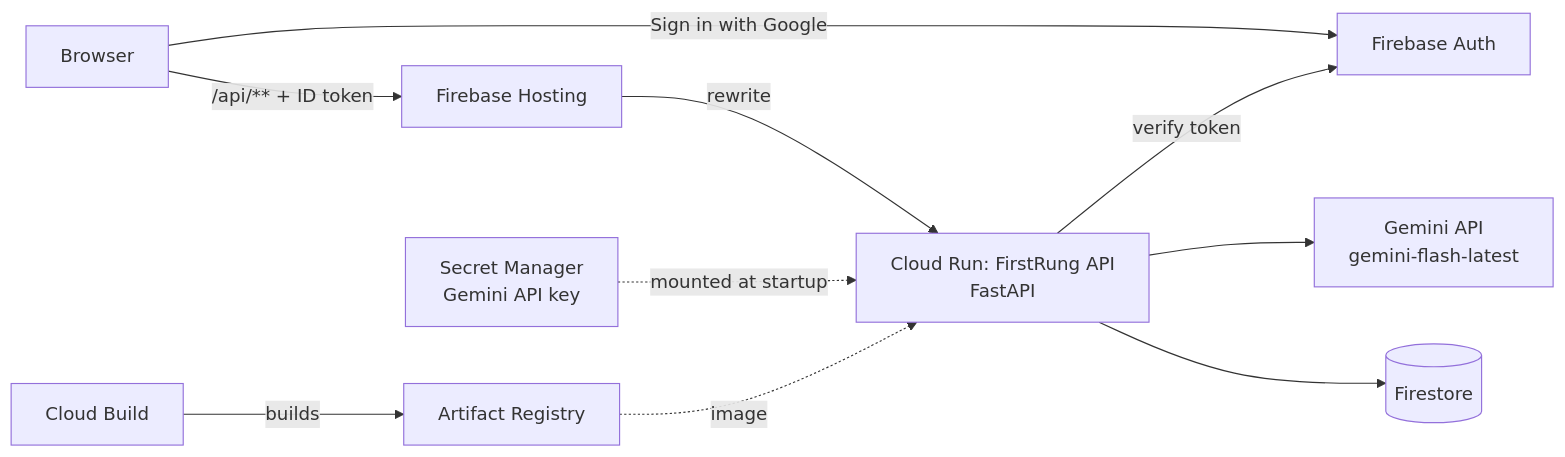
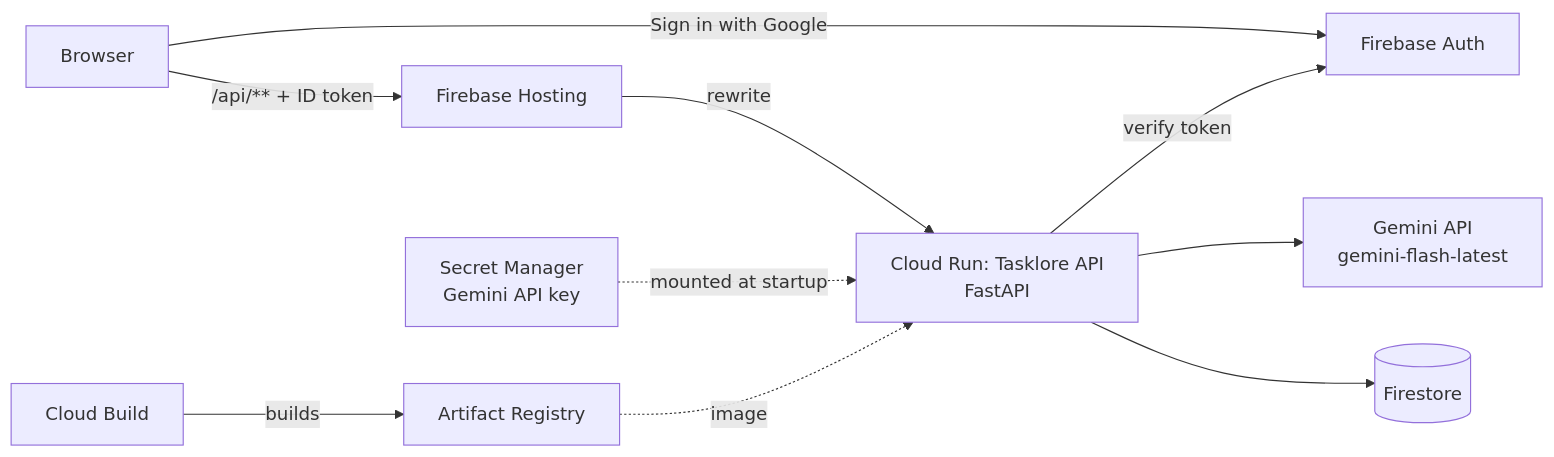
One commit to prateek8741/Tasklore changed the diagram in README.md. Above: the diagram before and after it, drawn with Mermaid. The commit also changed other lines of this file and 16 other files, not shown here.

Commit message:
feat: Rename project from FirstRung to Tasklore and update related documentation and code references

````diff
--- a/README.md
+++ b/README.md
@@ -15,12 +15,12 @@
 ```mermaid
 flowchart LR
   U[Browser] -- Sign in with Google --> FA[Firebase Auth]
   U -- "/api/** + ID token" --> H[Firebase Hosting]
-  H -- rewrite --> R[Cloud Run: FirstRung API<br/>FastAPI]
+  H -- rewrite --> R[Cloud Run: Tasklore API<br/>FastAPI]
   R -- verify token --> FA
   R --> G[Gemini API<br/>gemini-flash-latest]
   R --> F[(Firestore)]
   S[Secret Manager<br/>Gemini API key] -. mounted at startup .-> R
   AR[Artifact Registry] -. image .-> R
   CB[Cloud Build] -- builds --> AR
 ```
````
